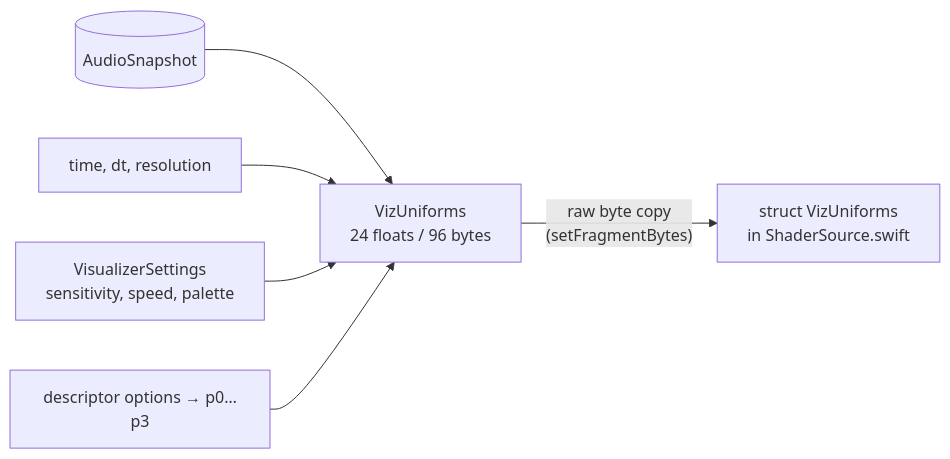
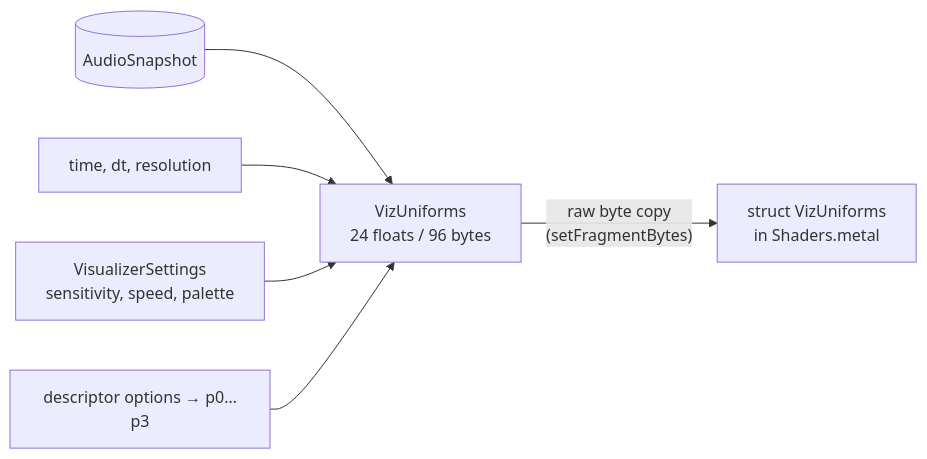
The second of 2 diagrams in docs/rendering.md (jonjaques/synesthia), drawn with Mermaid before and after one commit. The commit also changed other lines of this file and 12 other files, not shown here.

````diff
--- a/docs/rendering.md
+++ b/docs/rendering.md
@@ -94,8 +92,8 @@
 ```mermaid
 flowchart LR
     SNAP[("AudioSnapshot")] --> U
     CLOCK["time, dt, resolution"] --> U
     TUNE["VisualizerSettings<br>sensitivity, speed, palette"] --> U
     OPTS["descriptor options → p0…p3"] --> U
-    U["VizUniforms<br>24 floats / 96 bytes"] -- "raw byte copy<br>(setFragmentBytes)" --> MSL["struct VizUniforms<br>in ShaderSource.swift"]
+    U["VizUniforms<br>24 floats / 96 bytes"] -- "raw byte copy<br>(setFragmentBytes)" --> MSL["struct VizUniforms<br>in Shaders.metal"]
 ```
````
